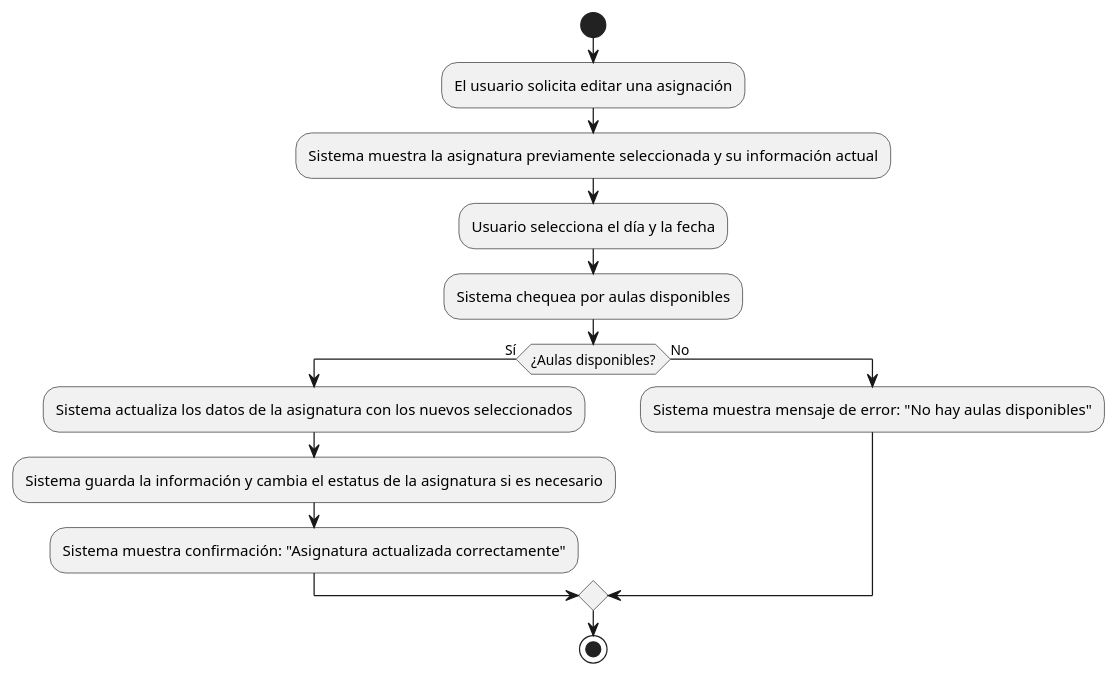
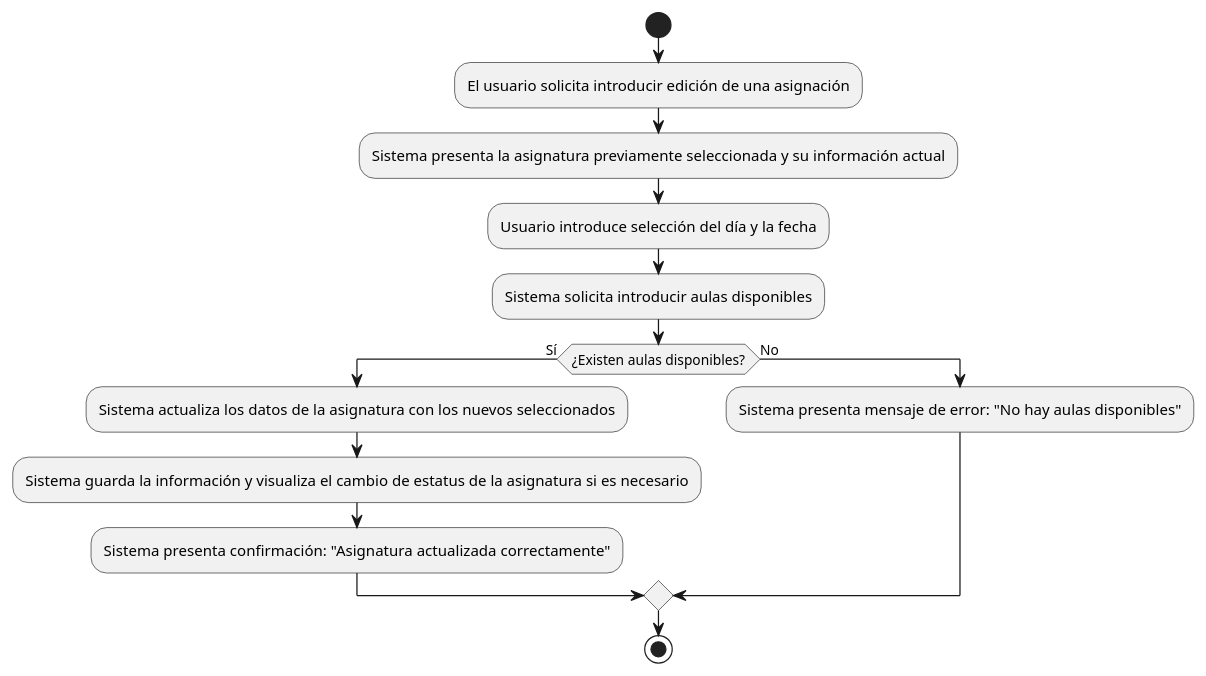
Before and after one commit to mmasias/24-25-IdSw1-SDR: the diagram in casosDeUso/plantUML/EditarAsignación.puml, drawn with PlantUML.

```diff
--- a/casosDeUso/plantUML/EditarAsignación.puml
+++ b/casosDeUso/plantUML/EditarAsignación.puml
@@ -1,16 +1,16 @@
 @startuml
 start
-:El usuario solicita editar una asignación;
-:Sistema muestra la asignatura previamente seleccionada y su información actual;
+:El usuario solicita introducir edición de una asignación;
+:Sistema presenta la asignatura previamente seleccionada y su información actual;
 
-:Usuario selecciona el día y la fecha;
-:Sistema chequea por aulas disponibles;
-if (¿Aulas disponibles?) then (Sí)
+:Usuario introduce selección del día y la fecha;
+:Sistema solicita introducir aulas disponibles;
+if (¿Existen aulas disponibles?) then (Sí)
   :Sistema actualiza los datos de la asignatura con los nuevos seleccionados;
-  :Sistema guarda la información y cambia el estatus de la asignatura si es necesario;
-  :Sistema muestra confirmación: "Asignatura actualizada correctamente";
+  :Sistema guarda la información y visualiza el cambio de estatus de la asignatura si es necesario;
+  :Sistema presenta confirmación: "Asignatura actualizada correctamente";
 else (No)
-  :Sistema muestra mensaje de error: "No hay aulas disponibles";
+  :Sistema presenta mensaje de error: "No hay aulas disponibles";
 endif
 stop
 @enduml
```
